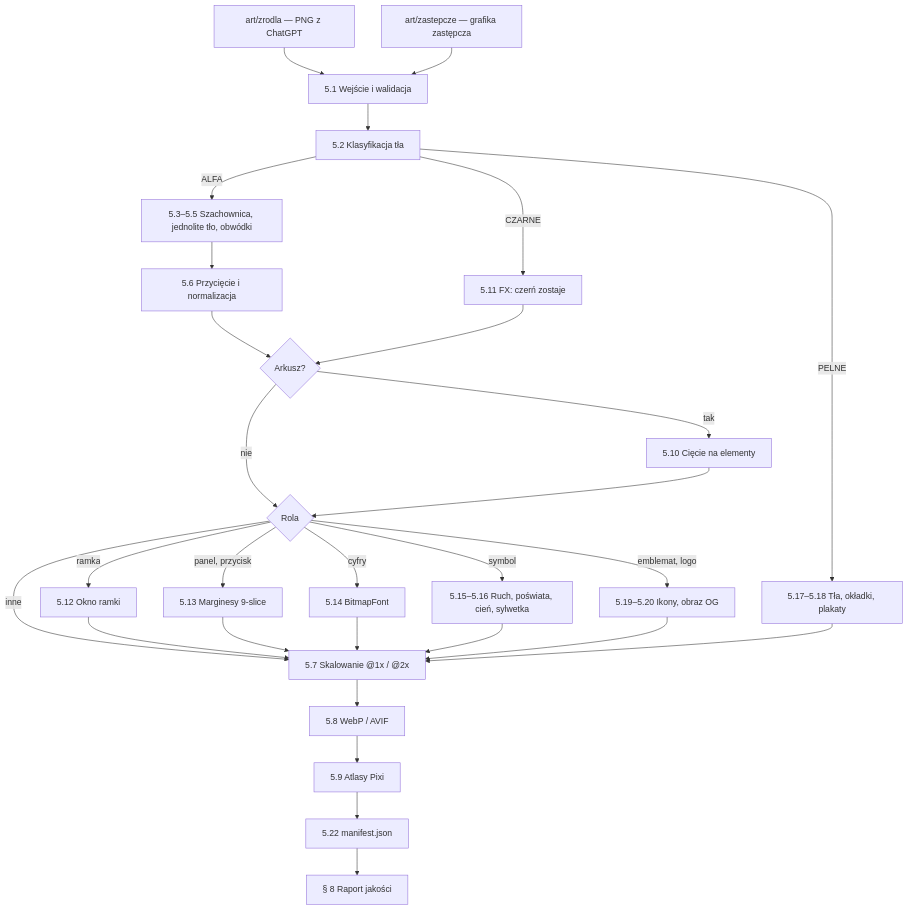
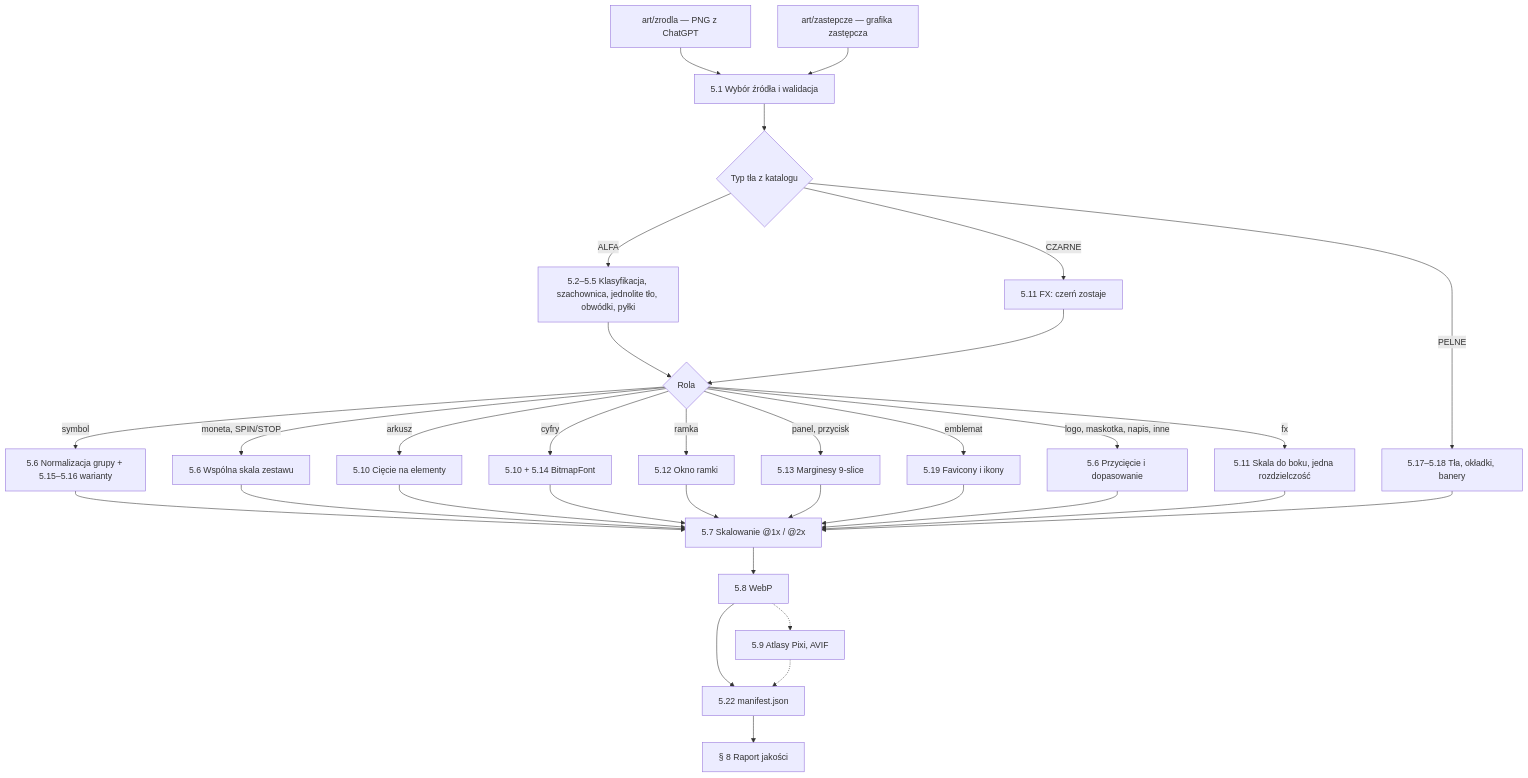
The diagram in docs/projekt/02-lista-obrazow.md (CasinoPlayer/Symulator-Kasyna), drawn with Mermaid before and after one commit. The commit also changed other lines of this file and 9 other files, not shown here.

````diff
--- a/docs/projekt/02-lista-obrazow.md
+++ b/docs/projekt/02-lista-obrazow.md
@@ -672,26 +734,26 @@
 ```mermaid
 flowchart TD
-  Z["art/zrodla — PNG z ChatGPT"] --> W["5.1 Wejście i walidacja"]
+  Z["art/zrodla — PNG z ChatGPT"] --> W["5.1 Wybór źródła i walidacja"]
   ZZ["art/zastepcze — grafika zastępcza"] --> W
-  W --> K["5.2 Klasyfikacja tła"]
-  K -->|ALFA| A["5.3–5.5 Szachownica, jednolite tło, obwódki"]
+  W --> K{"Typ tła z katalogu"}
+  K -->|ALFA| A["5.2–5.5 Klasyfikacja, szachownica, jednolite tło, obwódki, pyłki"]
   K -->|CZARNE| F["5.11 FX: czerń zostaje"]
-  K -->|PELNE| T["5.17–5.18 Tła, okładki, plakaty"]
-  A --> C["5.6 Przycięcie i normalizacja"]
-  C --> AR{"Arkusz?"}
-  F --> AR
-  AR -->|tak| CI["5.10 Cięcie na elementy"]
-  AR -->|nie| R{"Rola"}
-  CI --> R
+  K -->|PELNE| T["5.17–5.18 Tła, okładki, banery"]
+  A --> R{"Rola"}
+  F --> R
+  R -->|symbol| S["5.6 Normalizacja grupy + 5.15–5.16 warianty"]
+  R -->|moneta, SPIN/STOP| G["5.6 Wspólna skala zestawu"]
+  R -->|arkusz| CI["5.10 Cięcie na elementy"]
+  R -->|cyfry| B["5.10 + 5.14 BitmapFont"]
   R -->|ramka| O["5.12 Okno ramki"]
   R -->|panel, przycisk| N["5.13 Marginesy 9-slice"]
-  R -->|cyfry| B["5.14 BitmapFont"]
-  R -->|symbol| S["5.15–5.16 Ruch, poświata, cień, sylwetka"]
-  R -->|emblemat, logo| I["5.19–5.20 Ikony, obraz OG"]
-  R -->|inne| SK
-  O & N & B & S & I & T --> SK["5.7 Skalowanie @1x / @2x"]
-  SK --> KO["5.8 WebP / AVIF"]
-  KO --> AT["5.9 Atlasy Pixi"]
-  AT --> M["5.22 manifest.json"]
+  R -->|emblemat| I["5.19 Favicony i ikony"]
+  R -->|logo, maskotka, napis, inne| OB["5.6 Przycięcie i dopasowanie"]
+  R -->|fx| FX1["5.11 Skala do boku, jedna rozdzielczość"]
+  S & G & CI & B & O & N & I & OB & FX1 & T --> SK["5.7 Skalowanie @1x / @2x"]
+  SK --> KO["5.8 WebP"]
+  KO --> M["5.22 manifest.json"]
   M --> RP["§ 8 Raport jakości"]
+  KO -.-> AT["5.9 Atlasy Pixi, AVIF"]
+  AT -.-> M
 ```
````
